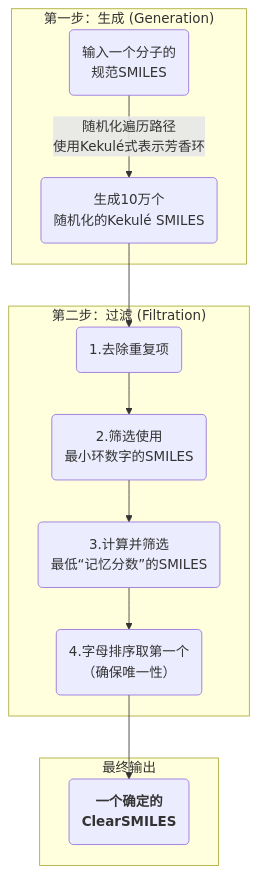
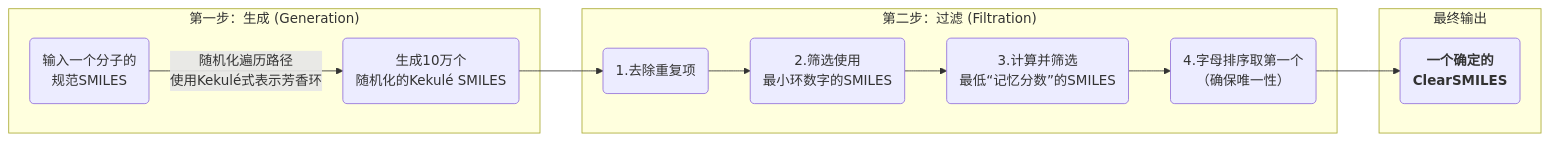
The diagram in _pages/Machine Learning & AI/Representations/2025-09-21-SMILES、SELFIES与更可靠的分子生成表示法.md (gxf1212/mendelevium), drawn with Mermaid before and after one commit. The commit also changed other lines of this file and 13 other files, not shown here.

````diff
--- a/_pages/Machine Learning & AI/Representations/2025-09-21-SMILES、SELFIES与更可靠的分子生成表示法.md
+++ b/_pages/Machine Learning & AI/Representations/2025-09-21-SMILES、SELFIES与更可靠的分子生成表示法.md
@@ -72,19 +76,18 @@
 ```mermaid
-graph TD
-    subgraph direction LR
+graph LR
         subgraph "第一步：生成 (Generation)"
             A("输入一个分子的<br/>规范SMILES") -- "随机化遍历路径<br/>使用Kekulé式表示芳香环" --> B("生成10万个<br/>随机化的Kekulé SMILES")
         end
 
         subgraph "第二步：过滤 (Filtration)"
             B --> C("1.去除重复项")
             C --> D("2.筛选使用<br/>最小环数字的SMILES")
             D --> E("3.计算并筛选<br/>最低“记忆分数”的SMILES")
             E --> F("4.字母排序取第一个<br/>（确保唯一性）")
         end
         
         subgraph "最终输出"
             F --> G("<b>一个确定的<br/>ClearSMILES</b>")
         end
 
 ```
````
